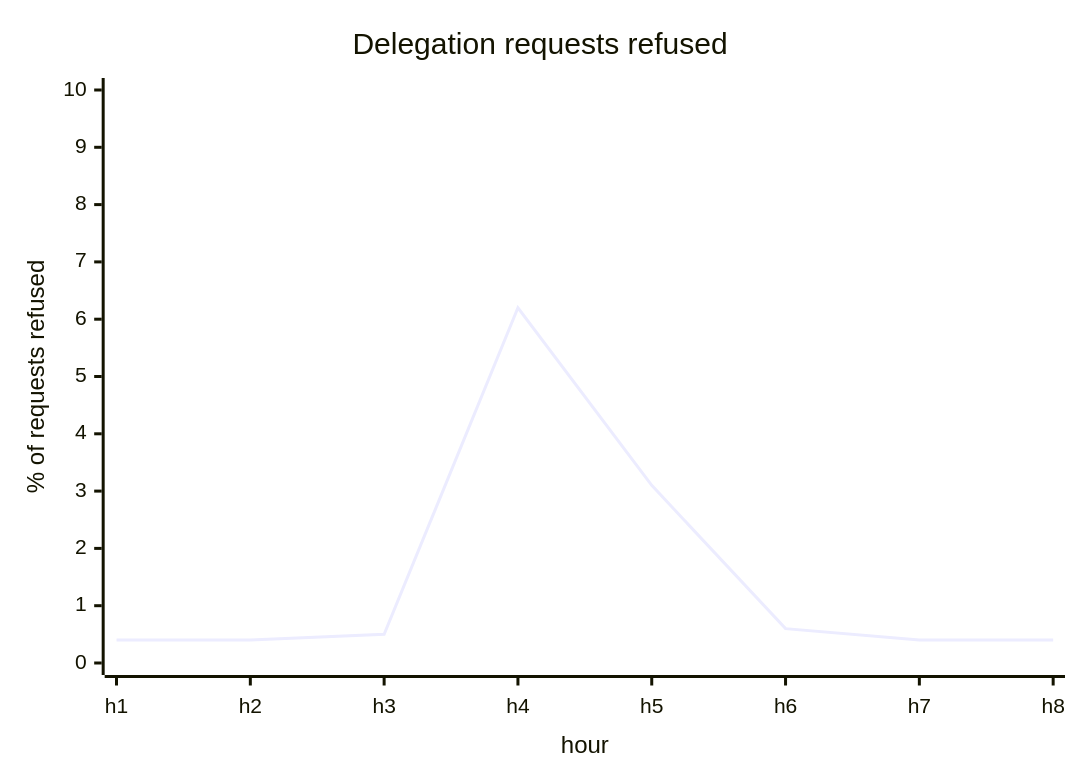
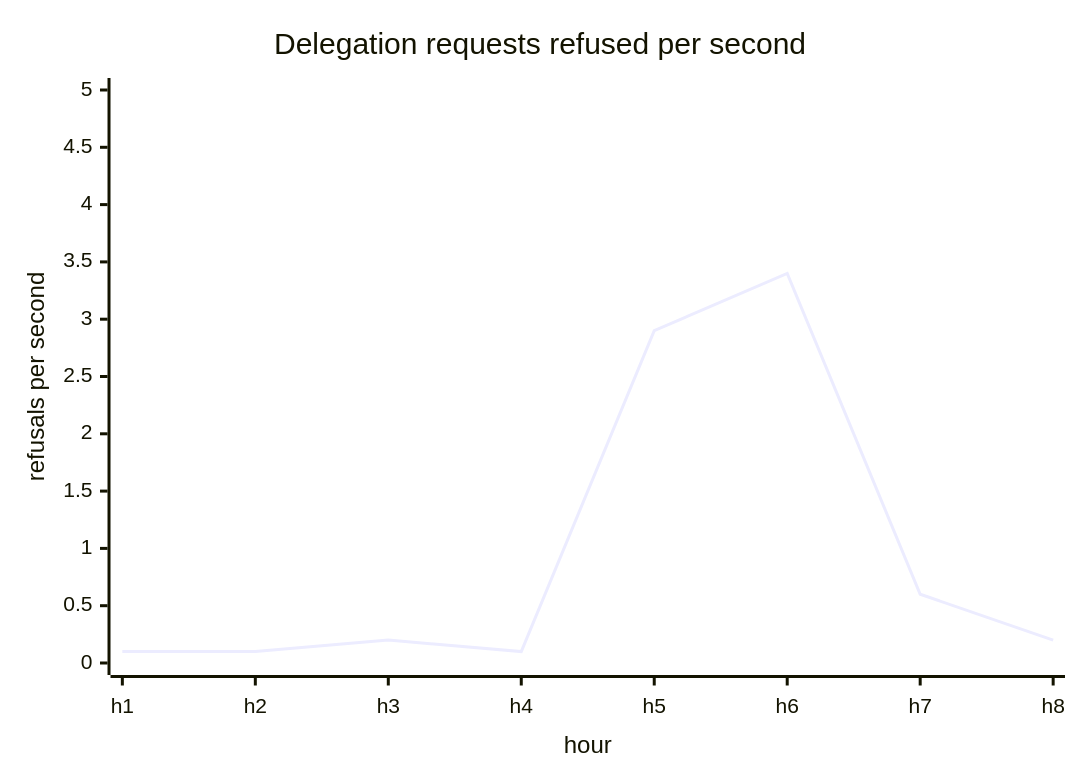
The first of 7 diagrams in docs/ongoing/metrics-dashboards/health.md (dfinity/internet-identity), drawn with Mermaid before and after one commit. The commit also changed other lines of this file and 6 other files, not shown here.

````diff
--- a/docs/ongoing/metrics-dashboards/health.md
+++ b/docs/ongoing/metrics-dashboards/health.md
@@ -13,7 +13,7 @@
 ```mermaid
 xychart-beta
-  title "Delegation requests refused"
+  title "Delegation requests refused per second"
   x-axis "hour" [h1, h2, h3, h4, h5, h6, h7, h8]
-  y-axis "% of requests refused" 0 --> 10
-  line [0.4, 0.4, 0.5, 6.2, 3.1, 0.6, 0.4, 0.4]
+  y-axis "refusals per second" 0 --> 5
+  line [0.1, 0.1, 0.2, 0.1, 2.9, 3.4, 0.6, 0.2]
 ```
````
